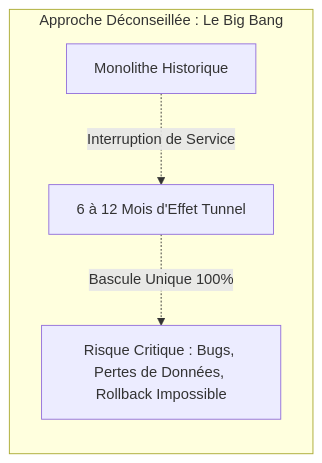
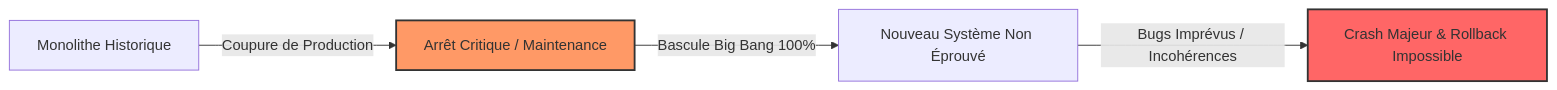
Before and after one commit to abdochiguer/Monolith-to-Microservices-Migration: the first of 8 diagrams in README.md, drawn with Mermaid. The commit also changed other lines of this file, not shown here.

````diff
--- a/README.md
+++ b/README.md
@@ -87,7 +63,9 @@
 ```mermaid
-graph LR
-    subgraph Approche Déconseillée : Le Big Bang
-        Old[Monolithe Historique] -.->|Interruption de Service| Tunnel[6 à 12 Mois d'Effet Tunnel]
-        Tunnel -.->|Bascule Unique 100%| Risk[Risque Critique : Bugs, Pertes de Données, Rollback Impossible]
-    end
+flowchart LR
+    A[Monolithe Historique] -->|Coupure de Production| B[Arrêt Critique / Maintenance]
+    B -->|Bascule Big Bang 100%| C[Nouveau Système Non Éprouvé]
+    C -->|Bugs Imprévus / Incohérences| D[Crash Majeur & Rollback Impossible]
+    
+    style B fill:#f96,stroke:#333,stroke-width:2px
+    style D fill:#f66,stroke:#333,stroke-width:2px
 ```
````
